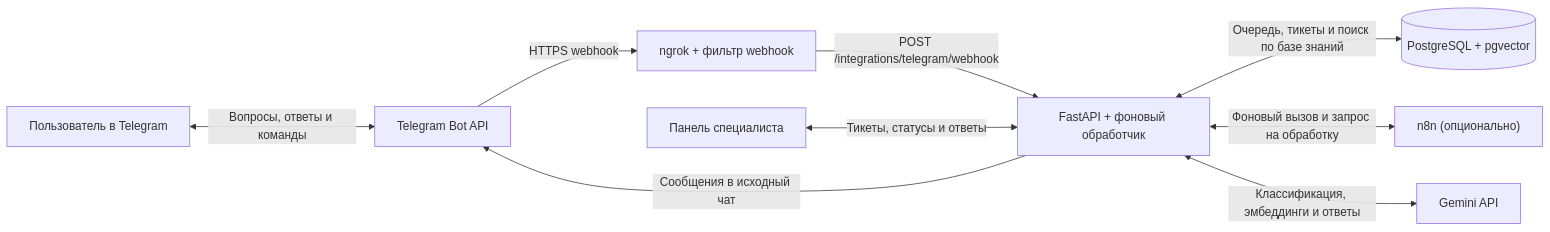
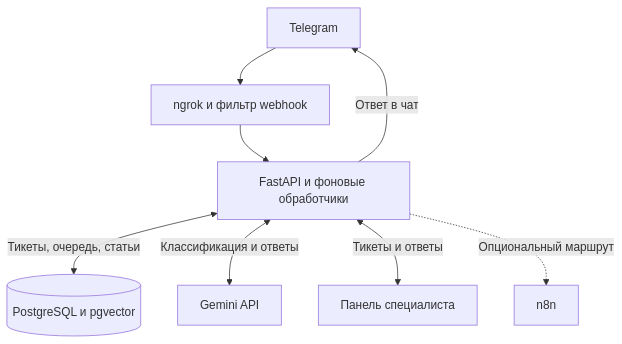
Before and after one commit to obebme/ai-service-desk: the diagram in README.md, drawn with Mermaid. The commit also changed other lines of this file and 1 other file, not shown here.

Commit message:
Redesign the README around the support workflow

````diff
--- a/README.md
+++ b/README.md
@@ -36,20 +69,10 @@
 ```mermaid
-flowchart LR
-    User["Пользователь в Telegram"]
-    Bot["Telegram Bot API"]
-    Tunnel["ngrok + фильтр webhook"]
-    API["FastAPI + фоновый обработчик"]
-    DB[("PostgreSQL + pgvector")]
-    Workflow["n8n (опционально)"]
-    AI["Gemini API"]
-    Panel["Панель специалиста"]
-
-    User <-->|"Вопросы, ответы и команды"| Bot
-    Bot -->|"HTTPS webhook"| Tunnel
-    Tunnel -->|"POST /integrations/telegram/webhook"| API
-    API <-->|"Очередь, тикеты и поиск по базе знаний"| DB
-    API <-->|"Фоновый вызов и запрос на обработку"| Workflow
-    API <-->|"Классификация, эмбеддинги и ответы"| AI
-    Panel <-->|"Тикеты, статусы и ответы"| API
-    API -->|"Сообщения в исходный чат"| Bot
+flowchart TD
+    Telegram["Telegram"] --> Ingress["ngrok и фильтр webhook"]
+    Ingress --> API["FastAPI и фоновые обработчики"]
+    API -->|"Ответ в чат"| Telegram
+    API <-->|"Тикеты, очередь, статьи"| DB[("PostgreSQL и pgvector")]
+    API <-->|"Классификация и ответы"| AI["Gemini API"]
+    API <-->|"Тикеты и ответы"| Panel["Панель специалиста"]
+    API -.->|"Опциональный маршрут"| N8N["n8n"]
 ```
````
